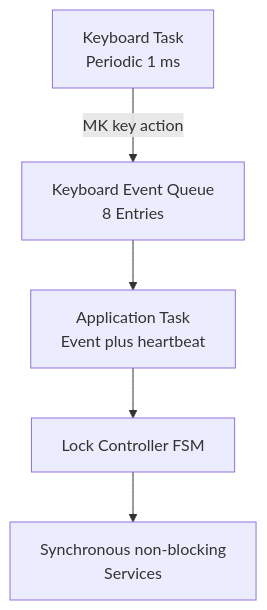
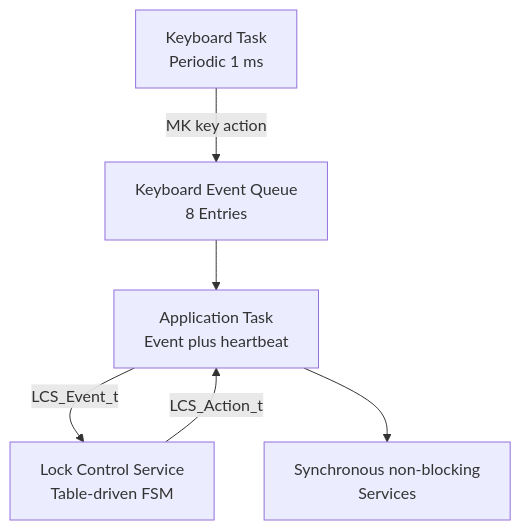
One commit to JP-REY/STM32F103C8T6-Based-Electronic-Lock changed the ninth of 16 diagrams in README.md. Above: the diagram before and after it, drawn with Mermaid. The commit also changed other lines of this file and 8 other files, not shown here.

First line of the commit message:
feature(lock-control-service): add table-driven lock FSM service

````diff
--- a/README.md
+++ b/README.md
@@ -838,13 +853,14 @@
 ```mermaid
 flowchart TB
     KEYBOARD["Keyboard Task<br/> Periodic 1 ms"]
     QUEUE["Keyboard Event Queue<br/>8 Entries"]
     APP["Application Task<br/> Event plus heartbeat"]
-    FSM["Lock Controller FSM"]
+    LCS["Lock Control Service<br/>Table-driven FSM"]
     SERVICES["Synchronous non-blocking<br/> Services"]
 
     KEYBOARD -->|"MK key action"| QUEUE
     QUEUE --> APP
-    APP --> FSM
-    FSM --> SERVICES
+    APP -->|"LCS_Event_t"| LCS
+    LCS -->|"LCS_Action_t"| APP
+    APP --> SERVICES
 ```
````
